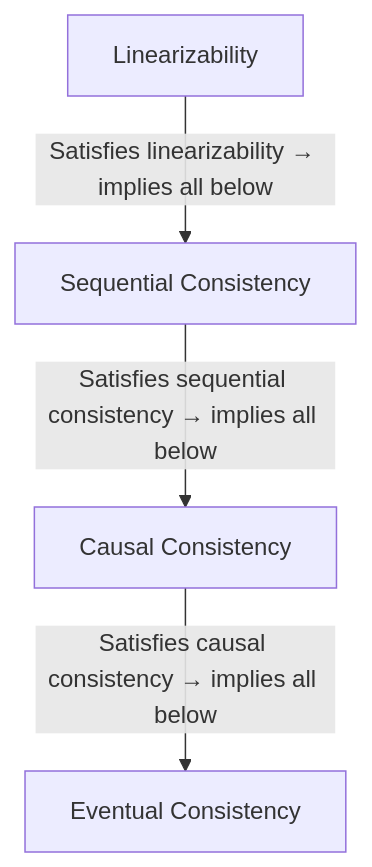
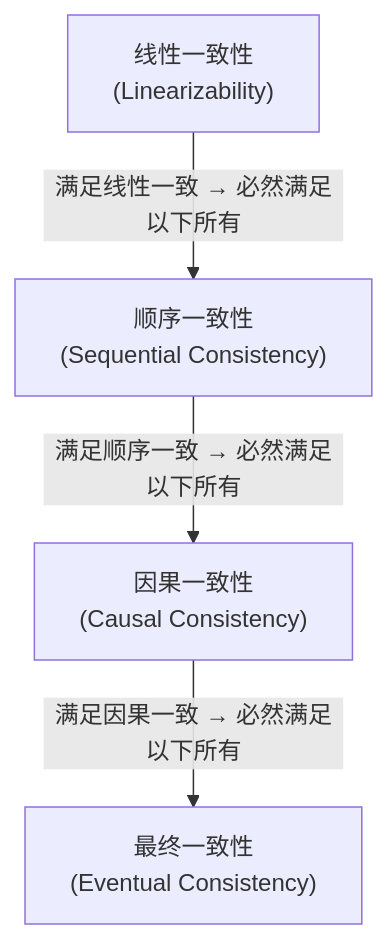
One commit to Awesome-Embedded-Learning-Studio/Tutorial_AwesomeModernCPP changed the diagram in documents/en/vol5-concurrency/ch09-distributed-bridge/02-distributed-primitives.md. Above: the diagram before and after it, drawn with Mermaid. The commit also changed other lines of this file and 388 other files, not shown here.

````diff
--- a/documents/en/vol5-concurrency/ch09-distributed-bridge/02-distributed-primitives.md
+++ b/documents/en/vol5-concurrency/ch09-distributed-bridge/02-distributed-primitives.md
@@ -87,6 +87,6 @@
 ```mermaid
 flowchart TD
-    A["Linearizability"] -->|"Satisfies linearizability → implies all below"| B["Sequential Consistency"]
-    B -->|"Satisfies sequential consistency → implies all below"| C["Causal Consistency"]
-    C -->|"Satisfies causal consistency → implies all below"| D["Eventual Consistency"]
+    A["线性一致性<br/>(Linearizability)"] -->|"满足线性一致 → 必然满足以下所有"| B["顺序一致性<br/>(Sequential Consistency)"]
+    B -->|"满足顺序一致 → 必然满足以下所有"| C["因果一致性<br/>(Causal Consistency)"]
+    C -->|"满足因果一致 → 必然满足以下所有"| D["最终一致性<br/>(Eventual Consistency)"]
 ```
````
